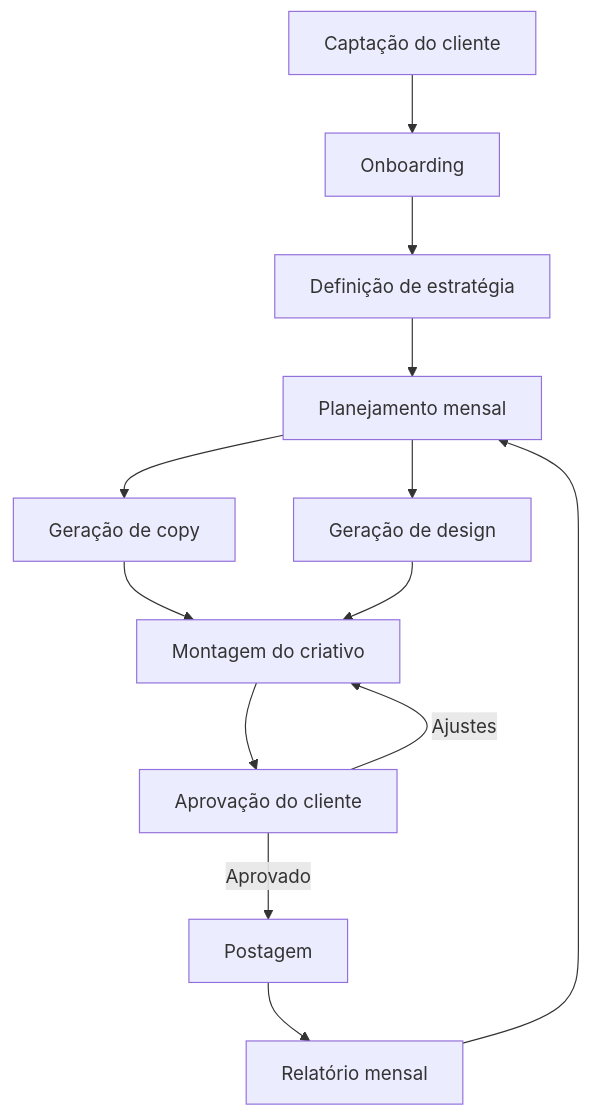
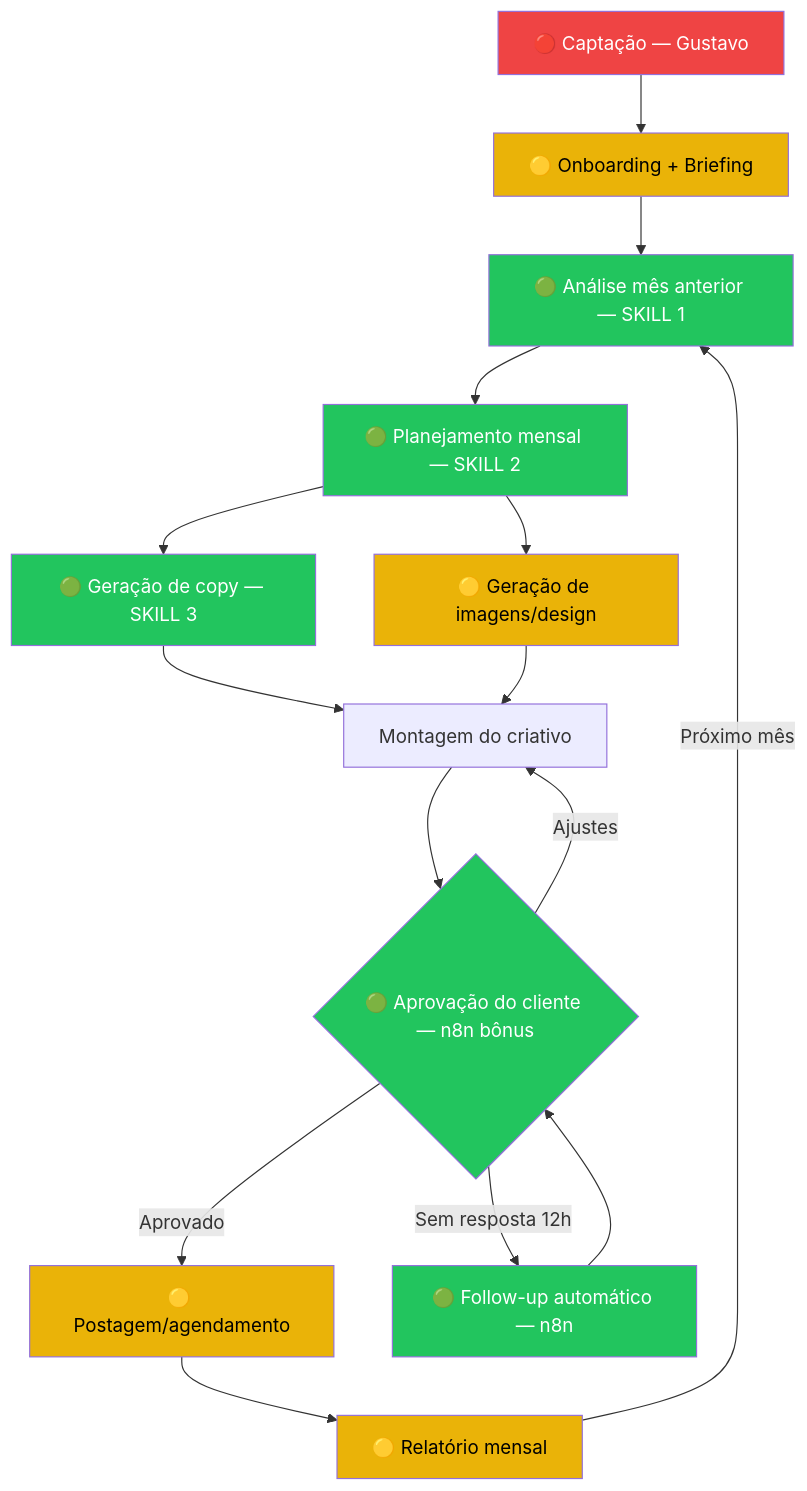
Before and after one commit to victor-igor/Eloscope-Cerebro: the diagram in areas/vendas/clientes/gustavo-bravo/projeto/framework-processo.md, drawn with Mermaid. The commit also changed other lines of this file and 24 other files, not shown here.

````diff
--- a/areas/vendas/clientes/gustavo-bravo/projeto/framework-processo.md
+++ b/areas/vendas/clientes/gustavo-bravo/projeto/framework-processo.md
@@ -125,15 +237,28 @@
 ```mermaid
 graph TD
-    A[Captação do cliente] --> B[Onboarding]
-    B --> C[Definição de estratégia]
-    C --> D[Planejamento mensal]
-    D --> E[Geração de copy]
-    D --> F[Geração de design]
+    A[🔴 Captação — Gustavo] --> B[🟡 Onboarding + Briefing]
+    B --> C[🟢 Análise mês anterior — SKILL 1]
+    C --> D[🟢 Planejamento mensal — SKILL 2]
+    D --> E[🟢 Geração de copy — SKILL 3]
+    D --> F[🟡 Geração de imagens/design]
     E --> G[Montagem do criativo]
     F --> G
-    G --> H[Aprovação do cliente]
-    H -->|Aprovado| I[Postagem]
+    G --> H{🟢 Aprovação do cliente — n8n bônus}
+    H -->|Aprovado| I[🟡 Postagem/agendamento]
     H -->|Ajustes| G
-    I --> J[Relatório mensal]
-    J --> D
+    H -->|Sem resposta 12h| H2[🟢 Follow-up automático — n8n]
+    H2 --> H
+    I --> J[🟡 Relatório mensal]
+    J -->|Próximo mês| C
+
+    style C fill:#22c55e,color:#fff
+    style D fill:#22c55e,color:#fff
+    style E fill:#22c55e,color:#fff
+    style H fill:#22c55e,color:#fff
+    style H2 fill:#22c55e,color:#fff
+    style B fill:#eab308,color:#000
+    style F fill:#eab308,color:#000
+    style I fill:#eab308,color:#000
+    style J fill:#eab308,color:#000
+    style A fill:#ef4444,color:#fff
 ```
````
